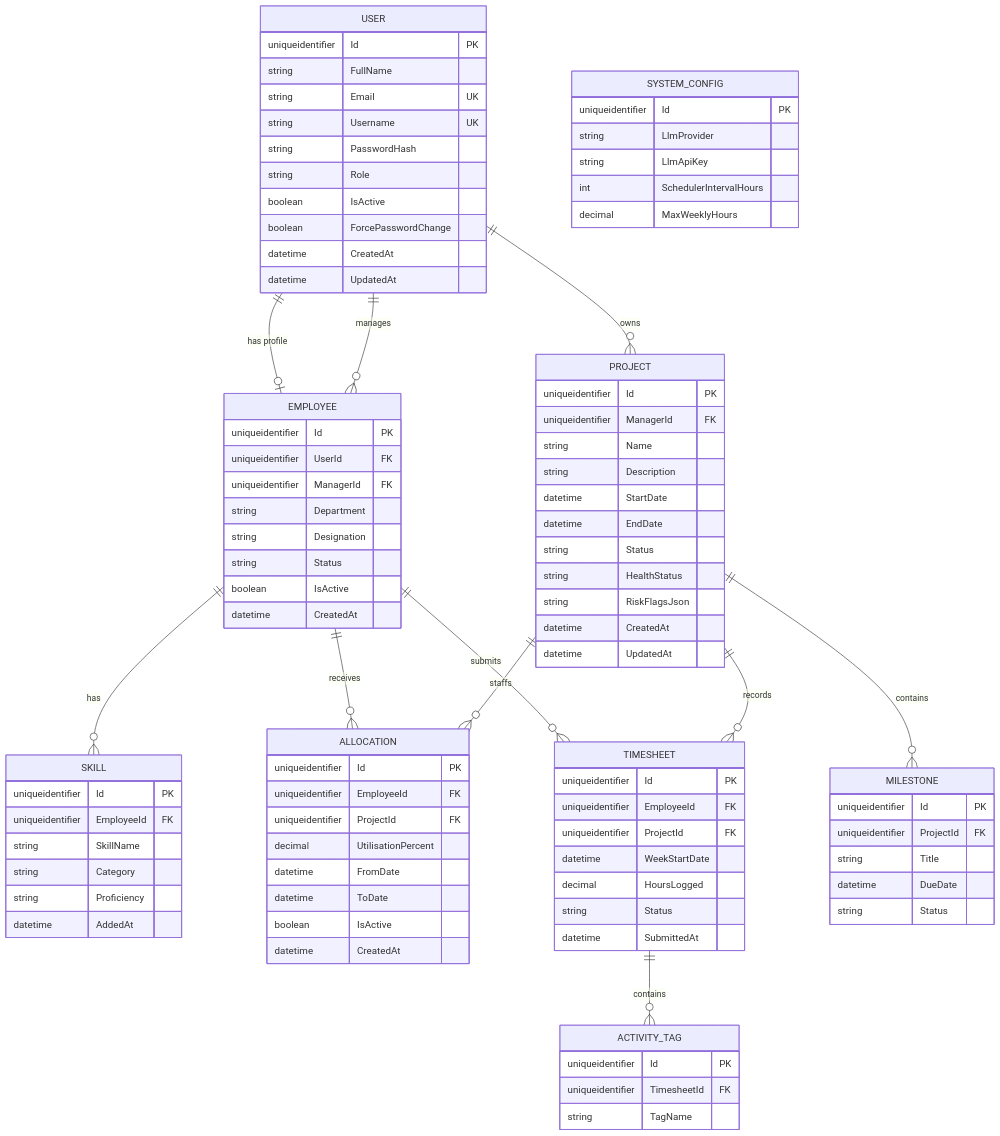
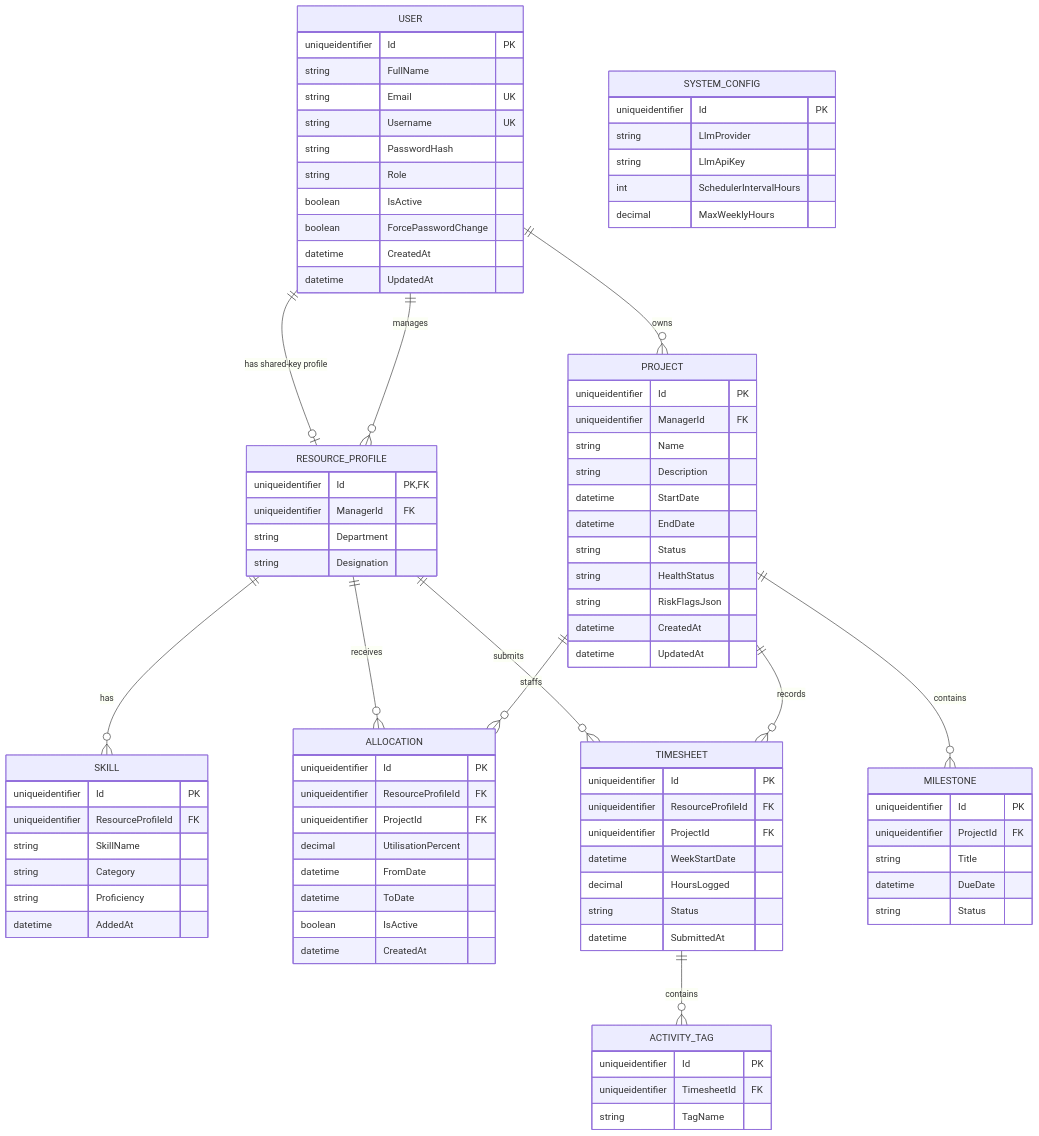
One commit to AayushGargITT/AayushGarg-LearnCode-2025-26 changed diagram 17 of 17 in ResourceMindAi/readme.md. Above: the diagram before and after it, drawn with Mermaid. The commit also changed other lines of this file and 35 other files, not shown here.

First line of the commit message:
refactor(domain): rename Employee to ResourceProfile and simplify entity model

````diff
--- a/ResourceMindAi/readme.md
+++ b/ResourceMindAi/readme.md
@@ -774,11 +773,11 @@
 ```mermaid
 erDiagram
-    USER ||--o| EMPLOYEE : "has profile"
-    USER ||--o{ EMPLOYEE : "manages"
+    USER ||--o| RESOURCE_PROFILE : "has shared-key profile"
+    USER ||--o{ RESOURCE_PROFILE : "manages"
     USER ||--o{ PROJECT : "owns"
-    EMPLOYEE ||--o{ SKILL : "has"
-    EMPLOYEE ||--o{ ALLOCATION : "receives"
-    EMPLOYEE ||--o{ TIMESHEET : "submits"
+    RESOURCE_PROFILE ||--o{ SKILL : "has"
+    RESOURCE_PROFILE ||--o{ ALLOCATION : "receives"
+    RESOURCE_PROFILE ||--o{ TIMESHEET : "submits"
     PROJECT ||--o{ MILESTONE : "contains"
     PROJECT ||--o{ ALLOCATION : "staffs"
     PROJECT ||--o{ TIMESHEET : "records"
@@ -797,20 +796,16 @@
         datetime UpdatedAt
     }
 
-    EMPLOYEE {
-        uniqueidentifier Id PK
-        uniqueidentifier UserId FK
+    RESOURCE_PROFILE {
+        uniqueidentifier Id PK, FK
         uniqueidentifier ManagerId FK
         string Department
         string Designation
-        string Status
-        boolean IsActive
-        datetime CreatedAt
     }
 
     SKILL {
         uniqueidentifier Id PK
-        uniqueidentifier EmployeeId FK
+        uniqueidentifier ResourceProfileId FK
         string SkillName
         string Category
         string Proficiency
@@ -841,7 +836,7 @@
 
     ALLOCATION {
         uniqueidentifier Id PK
-        uniqueidentifier EmployeeId FK
+        uniqueidentifier ResourceProfileId FK
         uniqueidentifier ProjectId FK
         decimal UtilisationPercent
         datetime FromDate
@@ -852,7 +847,7 @@
 
     TIMESHEET {
         uniqueidentifier Id PK
-        uniqueidentifier EmployeeId FK
+        uniqueidentifier ResourceProfileId FK
         uniqueidentifier ProjectId FK
         datetime WeekStartDate
         decimal HoursLogged
````
